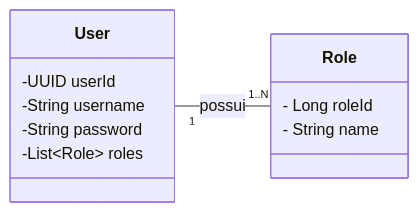
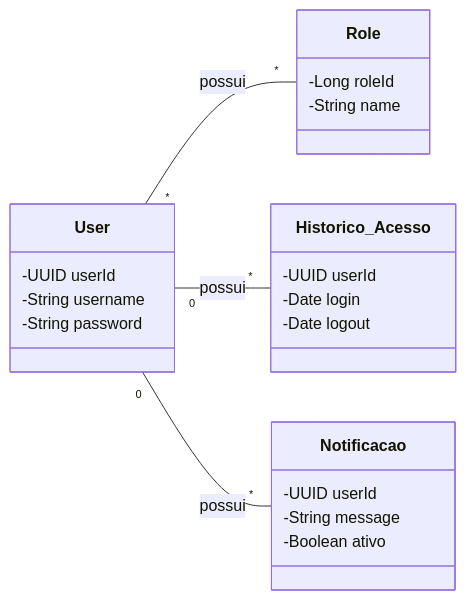
Before and after one commit to agsilvamhm/bancodigital: the first of 5 diagrams in README.md, drawn with Mermaid.

Commit message:
Ajustando o readme para detalhar a autenticação

````diff
--- a/README.md
+++ b/README.md
@@ -16,19 +16,32 @@
 ```mermaid
 classDiagram
   direction LR
 
   class User {
-  -UUID userId
-  -String username
-  -String password
-  -List~Role~ roles  
+    -UUID userId
+    -String username
+    -String password
   }
   
   class Role {
-  - Long roleId
-  - String name
+    -Long roleId
+    -String name
   }
   
-  User "1" -- "1..N" Role : possui
-
+  class Historico_Acesso {
+    -UUID userId
+    -Date login
+    -Date logout    
+  }
+  
+  class Notificacao{
+   -UUID userId
+   -String message
+   -Boolean ativo
+  }
+  
+  User "*" -- "*" Role : possui
+  User "0" -- "*" Historico_Acesso : possui
+  User "0" -- "*" Notificacao : possui
+    
 ```
````
